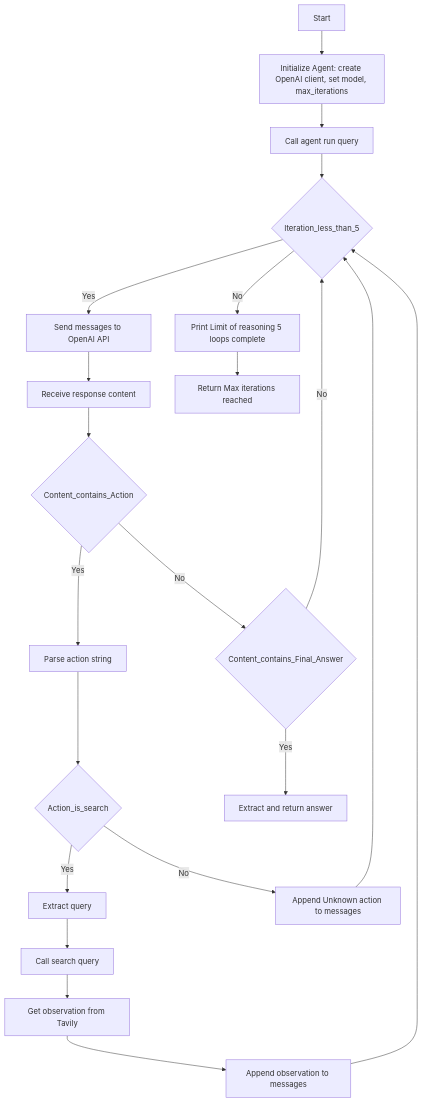
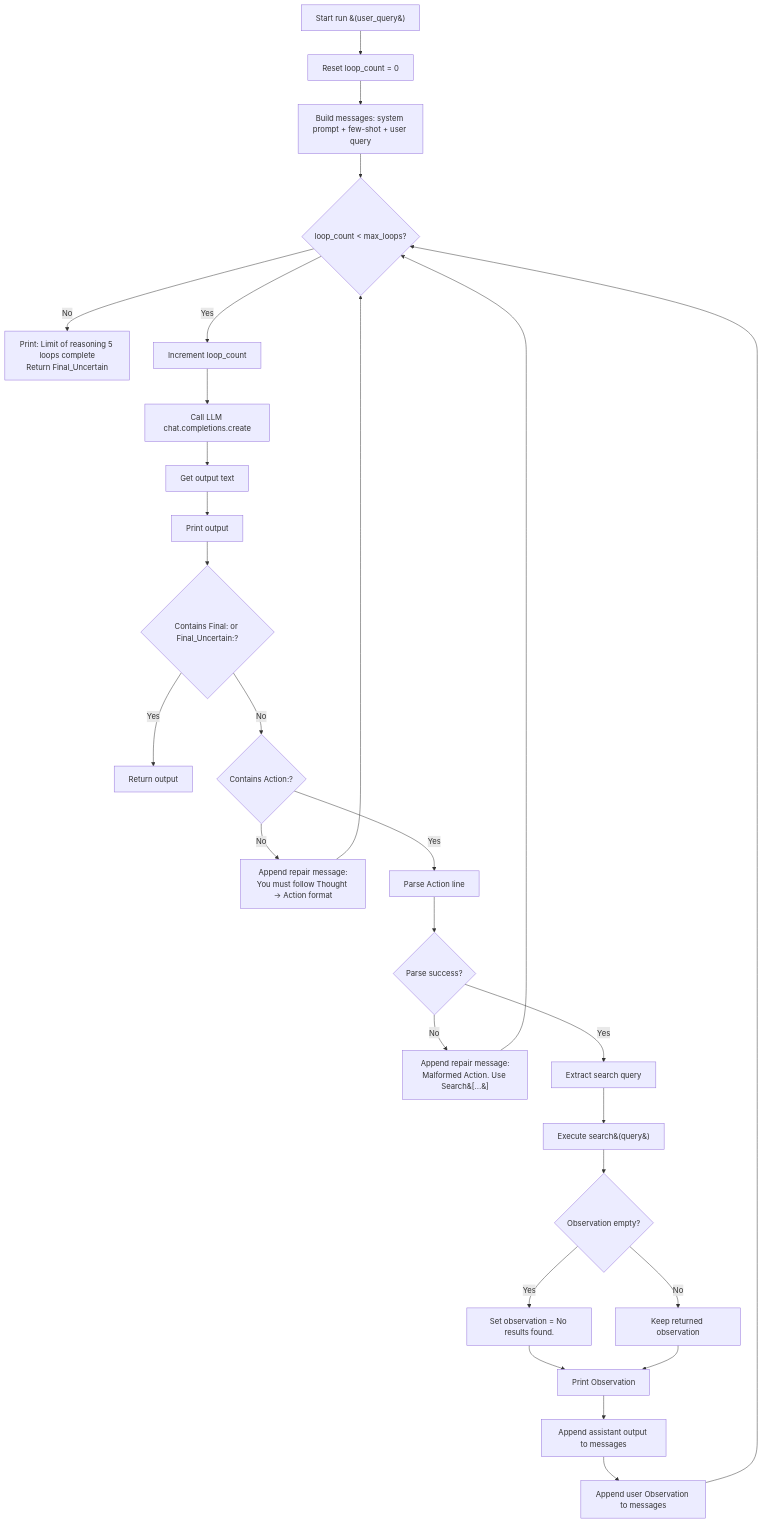
One commit to GGHOSTRADER/agentic_ai_assigment_2 changed the diagram in c_f_graph.mmd. Above: the diagram before and after it, drawn with Mermaid. The commit also changed 2 other files, not shown here.

Commit message:
updated agent

```diff
--- a/c_f_graph.mmd
+++ b/c_f_graph.mmd
@@ -1,21 +1,37 @@
 flowchart TD
-    A[Start] --> B[Initialize Agent: create OpenAI client, set model, max_iterations]
-    B --> C[Call agent run query]
-    C --> D{Iteration_less_than_5}
-    D -->|Yes| E[Send messages to OpenAI API]
-    E --> F[Receive response content]
-    F --> G{Content_contains_Action}
-    G -->|Yes| H[Parse action string]
-    H --> I{Action_is_search}
-    I -->|Yes| J[Extract query]
-    J --> K[Call search query]
-    K --> L[Get observation from Tavily]
-    L --> M[Append observation to messages]
-    M --> D
-    I -->|No| N[Append Unknown action to messages]
-    N --> D
-    G -->|No| O{Content_contains_Final_Answer}
-    O -->|Yes| P[Extract and return answer]
-    O -->|No| D
-    D -->|No| Q[Print Limit of reasoning 5 loops complete]
-    Q --> R[Return Max iterations reached]
+    A[Start run &#40;user_query&#41;] --> B[Reset loop_count = 0]
+    B --> C[Build messages: system prompt + few-shot + user query]
+    C --> D{loop_count < max_loops?}
+
+    D -- No --> Z[Print: Limit of reasoning 5 loops complete<br/>Return Final_Uncertain]
+    D -- Yes --> E[Increment loop_count]
+    E --> F[Call LLM chat.completions.create]
+    F --> G[Get output text]
+    G --> H[Print output]
+
+    H --> I{Contains Final: or Final_Uncertain:?}
+    I -- Yes --> J[Return output]
+    I -- No --> K{Contains Action:?}
+
+    K -- No --> L[Append repair message:<br/>You must follow Thought → Action format]
+    L --> D
+
+    K -- Yes --> M[Parse Action line]
+    M --> N{Parse success?}
+
+    N -- No --> O[Append repair message:<br/>Malformed Action. Use Search&#91;...&#93;]
+    O --> D
+
+    N -- Yes --> P[Extract search query]
+    P --> Q[Execute search&#40;query&#41;]
+    Q --> R{Observation empty?}
+
+    R -- Yes --> S[Set observation = No results found.]
+    R -- No --> T[Keep returned observation]
+
+    S --> U[Print Observation]
+    T --> U
+
+    U --> V[Append assistant output to messages]
+    V --> W[Append user Observation to messages]
+    W --> D
```
